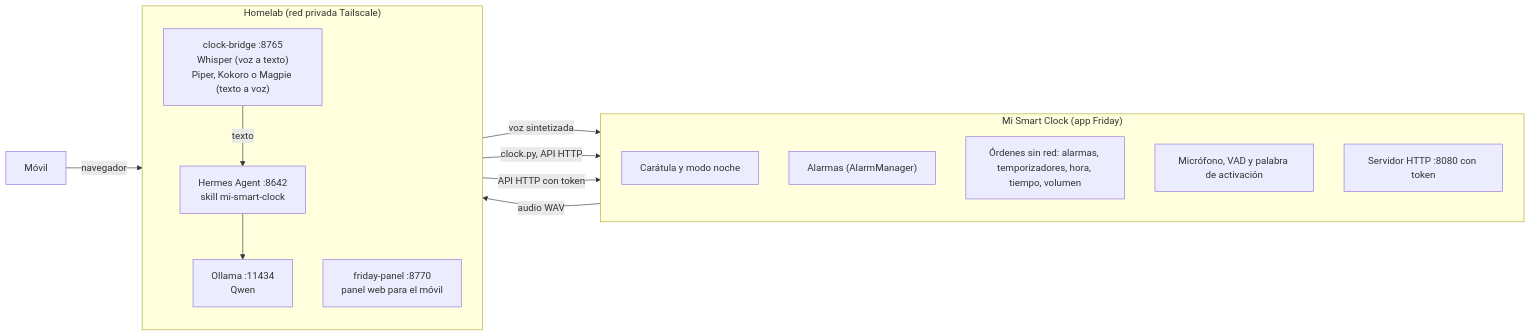
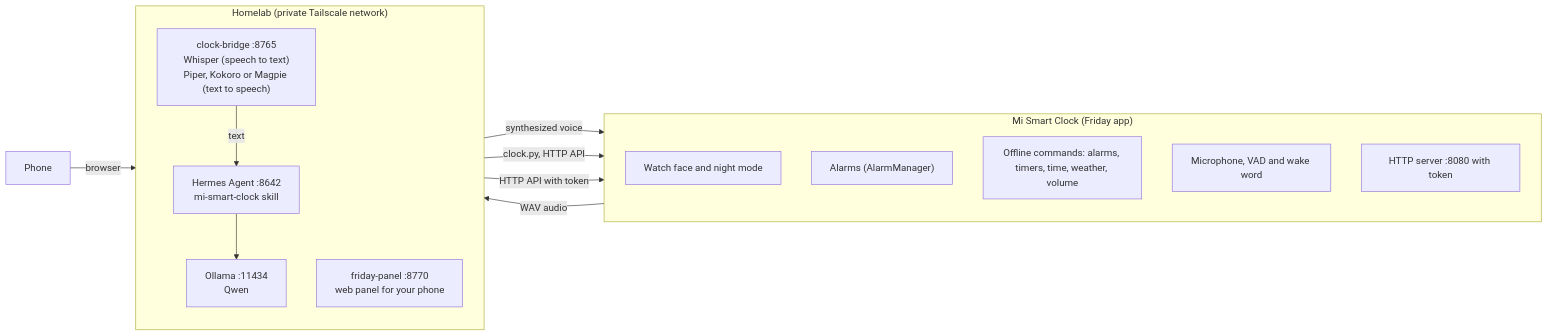
Before and after one commit to JAGB709/FridayClock: the first of 2 diagrams in README.md, drawn with Mermaid. The commit also changed other lines of this file and 1 other file, not shown here.

````diff
--- a/README.md
+++ b/README.md
@@ -90,29 +95,29 @@
 ```mermaid
 flowchart LR
-    subgraph RELOJ["Mi Smart Clock (app Friday)"]
+    subgraph RELOJ["Mi Smart Clock (Friday app)"]
         direction TB
-        A1["Carátula y modo noche"]
-        A2["Alarmas (AlarmManager)"]
-        A3["Órdenes sin red: alarmas, temporizadores, hora, tiempo, volumen"]
-        A4["Micrófono, VAD y palabra de activación"]
-        A5["Servidor HTTP :8080 con token"]
+        A1["Watch face and night mode"]
+        A2["Alarms (AlarmManager)"]
+        A3["Offline commands: alarms, timers, time, weather, volume"]
+        A4["Microphone, VAD and wake word"]
+        A5["HTTP server :8080 with token"]
     end
 
-    subgraph HOMELAB["Homelab (red privada Tailscale)"]
+    subgraph HOMELAB["Homelab (private Tailscale network)"]
         direction TB
-        B1["clock-bridge :8765<br/>Whisper (voz a texto)<br/>Piper, Kokoro o Magpie (texto a voz)"]
-        B2["Hermes Agent :8642<br/>skill mi-smart-clock"]
+        B1["clock-bridge :8765<br/>Whisper (speech to text)<br/>Piper, Kokoro or Magpie (text to speech)"]
+        B2["Hermes Agent :8642<br/>mi-smart-clock skill"]
         B3["Ollama :11434<br/>Qwen"]
-        B4["friday-panel :8770<br/>panel web para el móvil"]
+        B4["friday-panel :8770<br/>web panel for your phone"]
     end
 
-    MOVIL["Móvil"]
+    MOVIL["Phone"]
 
-    A4 -- "audio WAV" --> B1
-    B1 -- "texto" --> B2
+    A4 -- "WAV audio" --> B1
+    B1 -- "text" --> B2
     B2 --> B3
-    B1 -- "voz sintetizada" --> A3
-    B2 -- "clock.py, API HTTP" --> A5
-    B4 -- "API HTTP con token" --> A5
-    MOVIL -- "navegador" --> B4
+    B1 -- "synthesized voice" --> A3
+    B2 -- "clock.py, HTTP API" --> A5
+    B4 -- "HTTP API with token" --> A5
+    MOVIL -- "browser" --> B4
 ```
````
